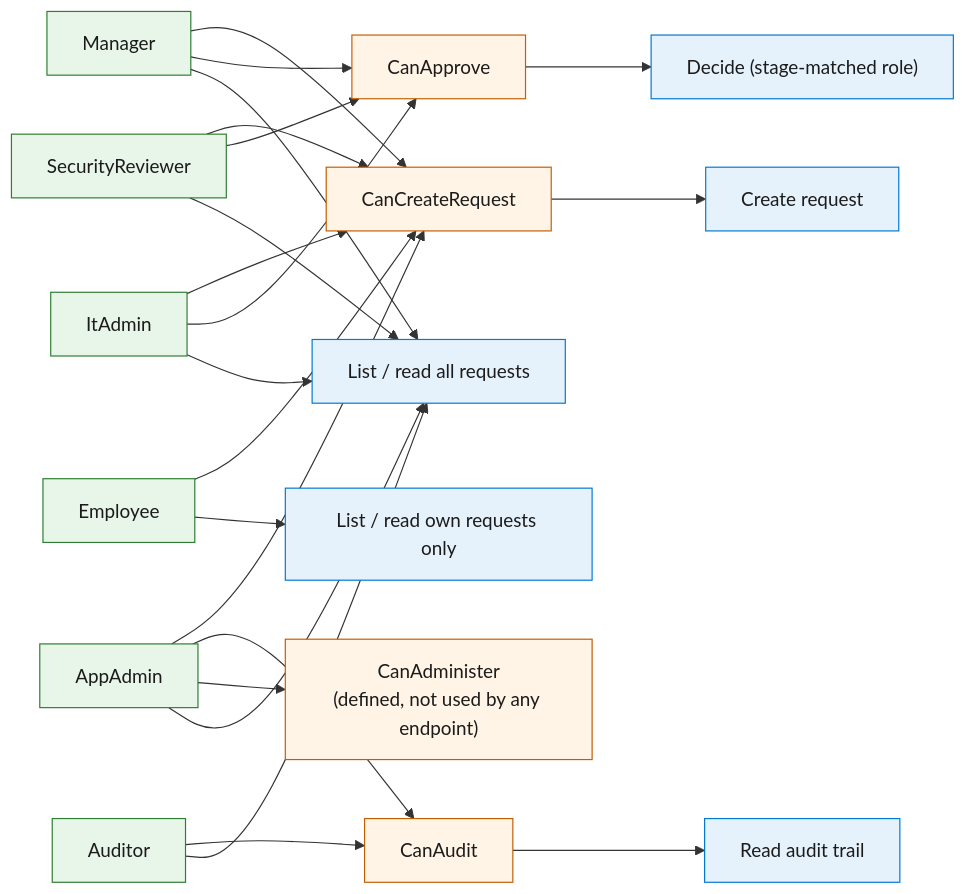
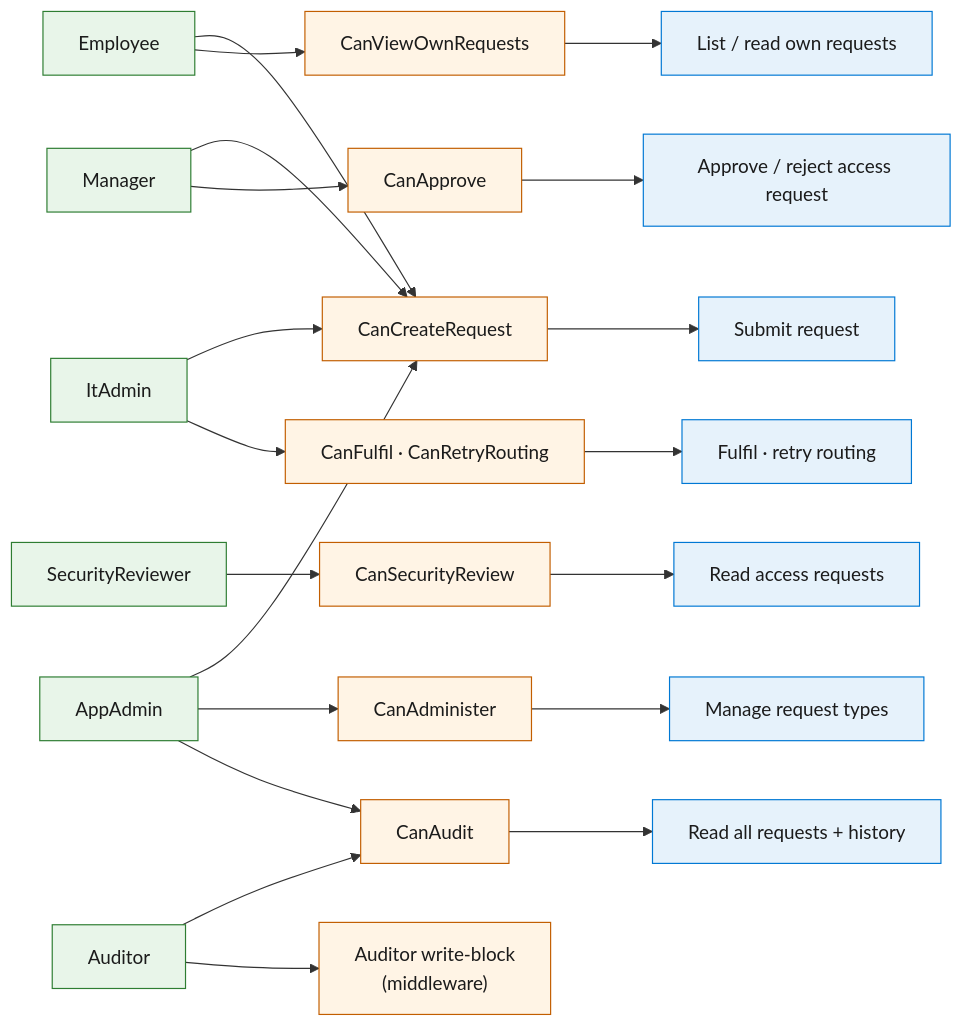
One commit to Deepankar-AICloud/AISDLC-V1 changed the diagram in docs/complete-solution-documentation/diagrams/mermaid/18-authorization-model.mmd. Above: the diagram before and after it, drawn with Mermaid. The commit also changed 125 other files, not shown here.

```diff
--- a/docs/complete-solution-documentation/diagrams/mermaid/18-authorization-model.mmd
+++ b/docs/complete-solution-documentation/diagrams/mermaid/18-authorization-model.mmd
@@ -1,39 +1,48 @@
 flowchart LR
   classDef role fill:#E8F5E9,stroke:#2E7D32,color:#1B1B1B
   classDef pol fill:#FFF4E5,stroke:#C25E00,color:#1B1B1B
   classDef act fill:#E6F2FB,stroke:#0078D4,color:#1B1B1B
 
   EMP["Employee"]:::role
   MGR["Manager"]:::role
   SEC["SecurityReviewer"]:::role
   ITA["ItAdmin"]:::role
   APA["AppAdmin"]:::role
   AUD["Auditor"]:::role
 
   P1["CanCreateRequest"]:::pol
+  P0["CanViewOwnRequests"]:::pol
   P2["CanApprove"]:::pol
-  P3["CanAudit"]:::pol
-  P4["CanAdminister<br/>(defined, not used by any endpoint)"]:::pol
+  P3["CanFulfil · CanRetryRouting"]:::pol
+  P4["CanAdminister"]:::pol
+  P5["CanAudit"]:::pol
+  P6["CanSecurityReview"]:::pol
+  BLK["Auditor write-block<br/>(middleware)"]:::pol
 
-  A1["Create request"]:::act
-  A2["Decide (stage-matched role)"]:::act
-  A3["Read audit trail"]:::act
-  A4["List / read all requests"]:::act
-  A5["List / read own requests only"]:::act
+  A1["Submit request"]:::act
+  A0["List / read own requests"]:::act
+  A2["Approve / reject access request"]:::act
+  A3["Fulfil · retry routing"]:::act
+  A4["Manage request types"]:::act
+  A5["Read all requests + history"]:::act
+  A6["Read access requests"]:::act
 
   EMP --> P1
+  EMP --> P0
   MGR --> P1
-  SEC --> P1
   ITA --> P1
   APA --> P1
   MGR --> P2
-  SEC --> P2
-  ITA --> P2
-  AUD --> P3
-  APA --> P3
+  ITA --> P3
   APA --> P4
+  APA --> P5
+  AUD --> P5
+  AUD --> BLK
+  SEC --> P6
   P1 --> A1
+  P0 --> A0
   P2 --> A2
   P3 --> A3
-  MGR & SEC & ITA & APA & AUD --> A4
-  EMP --> A5
+  P4 --> A4
+  P5 --> A5
+  P6 --> A6
```
